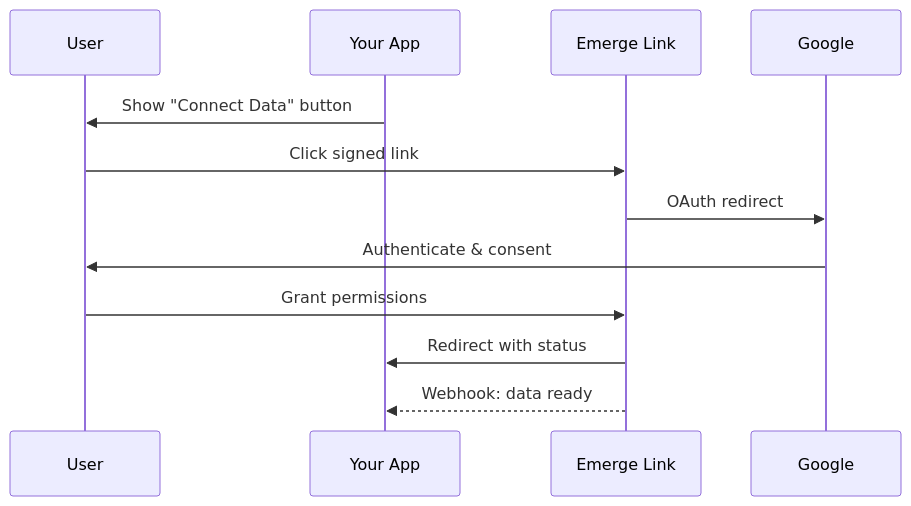
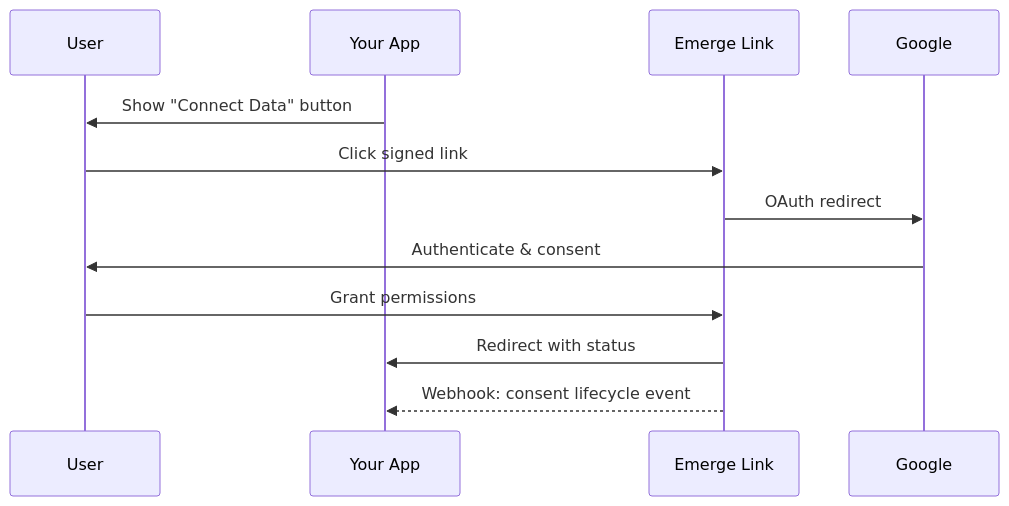
The diagram in link/overview.mdx (emerge-protocol/docs), drawn with Mermaid before and after one commit. The commit also changed other lines of this file and 22 other files, not shown here.

````diff
--- a/link/overview.mdx
+++ b/link/overview.mdx
@@ -10,15 +10,15 @@
 ```mermaid
 sequenceDiagram
     participant User
     participant Your App
     participant Emerge Link
     participant Google
 
     Your App->>User: Show "Connect Data" button
     User->>Emerge Link: Click signed link
     Emerge Link->>Google: OAuth redirect
     Google->>User: Authenticate & consent
     User->>Emerge Link: Grant permissions
     Emerge Link->>Your App: Redirect with status
-    Emerge Link-->>Your App: Webhook: data ready
+    Emerge Link-->>Your App: Webhook: consent lifecycle event
 ```
````
